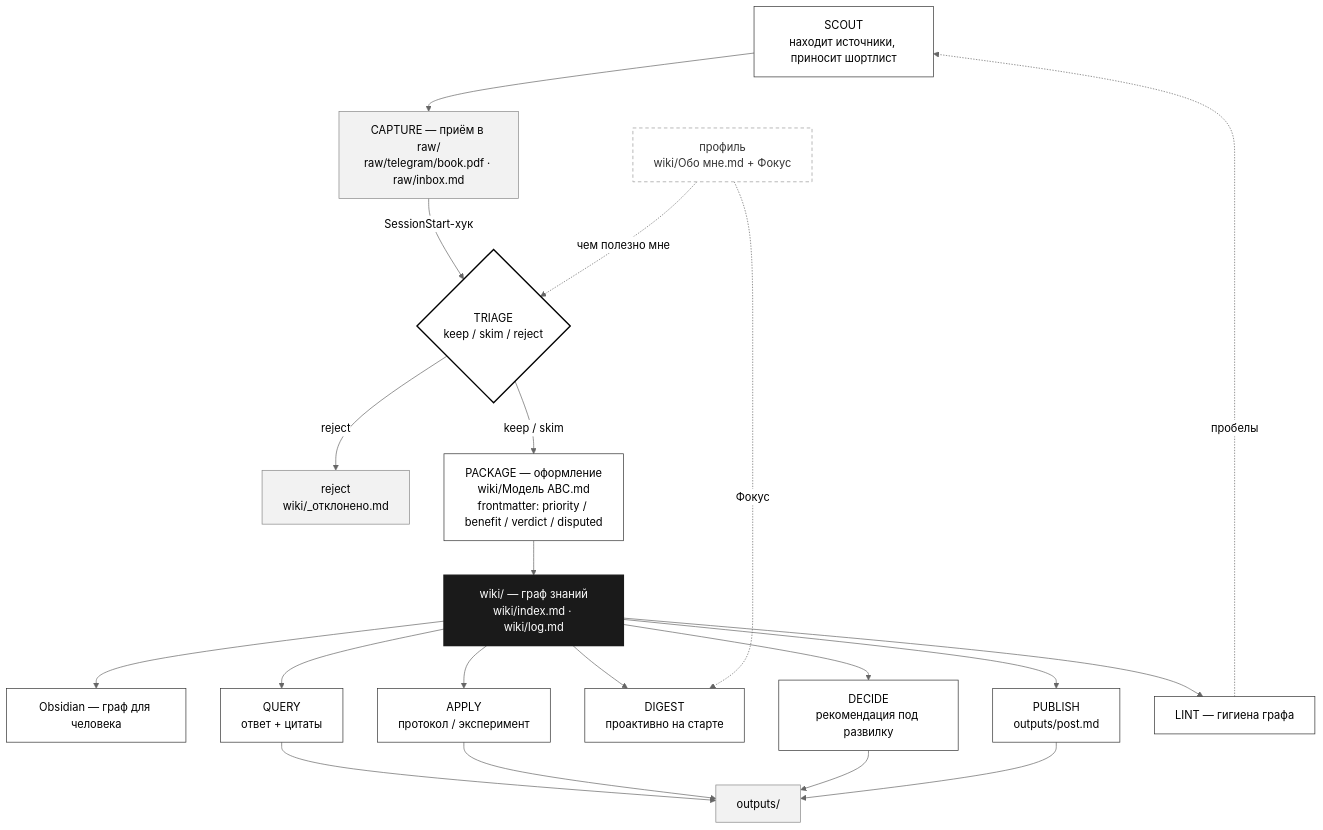
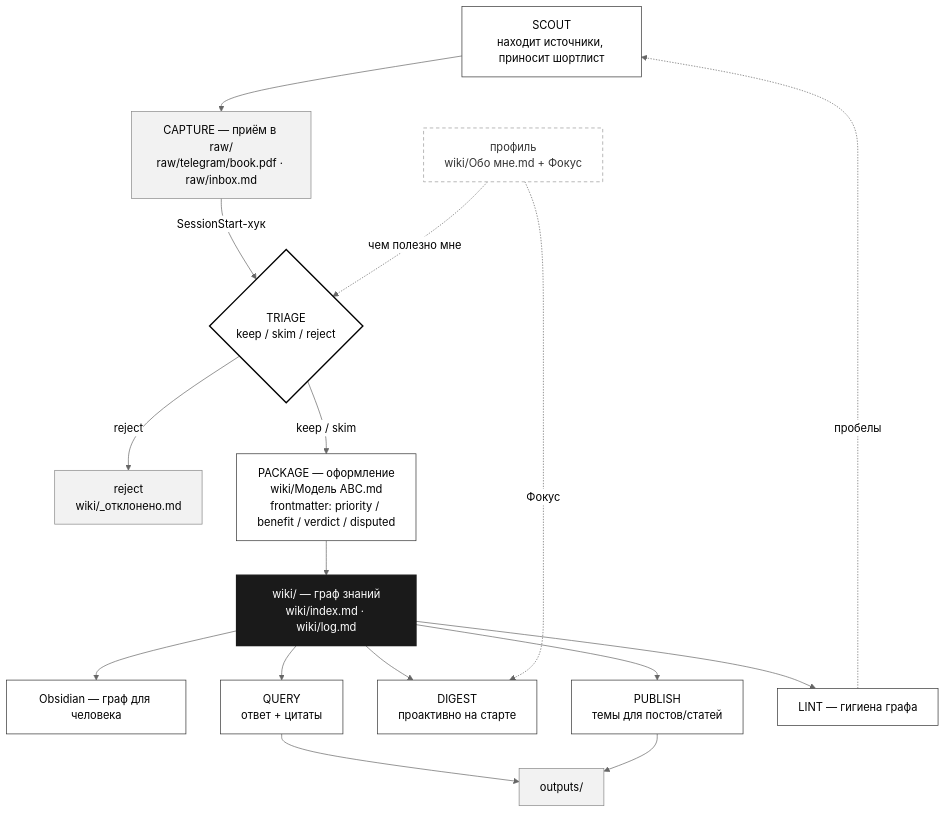
One commit to cryptoyoginya/second-brain changed the diagram in README.md. Above: the diagram before and after it, drawn with Mermaid. The commit also changed other lines of this file and 7 other files, not shown here.

First line of the commit message:
design: пайплайн сведён к пятёрке — ingest · query · scout · digest · publish

````diff
--- a/README.md
+++ b/README.md
@@ -55,50 +55,44 @@
 ```mermaid
 %%{init: {'theme':'neutral'}}%%
 flowchart TD
     SCOUT["SCOUT<br/>находит источники, приносит шортлист"]
     CAPTURE["CAPTURE — приём в raw/<br/>raw/telegram/book.pdf · raw/inbox.md"]
     TRIAGE{"TRIAGE<br/>keep / skim / reject"}
     REJECT["reject<br/>wiki/_отклонено.md"]
     PACKAGE["PACKAGE — оформление<br/>wiki/Модель ABC.md<br/>frontmatter: priority / benefit / verdict / disputed"]
     WIKI["wiki/ — граф знаний<br/>wiki/index.md · wiki/log.md"]
     OBS["Obsidian — граф для человека"]
     PROFILE["профиль<br/>wiki/Обо мне.md + Фокус"]
     QUERY["QUERY<br/>ответ + цитаты"]
-    APPLY["APPLY<br/>протокол / эксперимент"]
     DIGEST["DIGEST<br/>проактивно на старте"]
-    DECIDE["DECIDE<br/>рекомендация под развилку"]
-    PUBLISH["PUBLISH<br/>outputs/post.md"]
+    PUBLISH["PUBLISH<br/>темы для постов/статей"]
     OUT["outputs/"]
     LINT["LINT — гигиена графа"]
 
     SCOUT --> CAPTURE
     CAPTURE -->|"SessionStart-хук"| TRIAGE
     PROFILE -.->|"чем полезно мне"| TRIAGE
     TRIAGE -->|"reject"| REJECT
     TRIAGE -->|"keep / skim"| PACKAGE
     PACKAGE --> WIKI
     WIKI --> OBS
     WIKI --> QUERY
-    WIKI --> APPLY
     WIKI --> DIGEST
-    WIKI --> DECIDE
     WIKI --> PUBLISH
     PROFILE -.->|"Фокус"| DIGEST
     QUERY --> OUT
-    APPLY --> OUT
-    DECIDE --> OUT
     PUBLISH --> OUT
     WIKI --> LINT
     LINT -.->|"пробелы"| SCOUT
 
     classDef op fill:#ffffff,stroke:#333,stroke-width:1px,color:#000;
     classDef store fill:#f2f2f2,stroke:#888,stroke-width:1px,color:#000;
     classDef core fill:#1a1a1a,stroke:#1a1a1a,stroke-width:2px,color:#ffffff;
     classDef decision fill:#ffffff,stroke:#000,stroke-width:2px,color:#000;
     classDef profile fill:#ffffff,stroke:#999,stroke-width:1px,color:#333,stroke-dasharray:5 4;
-    class SCOUT,PACKAGE,QUERY,APPLY,DIGEST,DECIDE,PUBLISH,LINT,OBS op;
+    class SCOUT,PACKAGE,QUERY,DIGEST,PUBLISH,LINT,OBS op;
     class CAPTURE,REJECT,OUT store;
     class WIKI core;
     class TRIAGE decision;
     class PROFILE profile;
 ```
````
